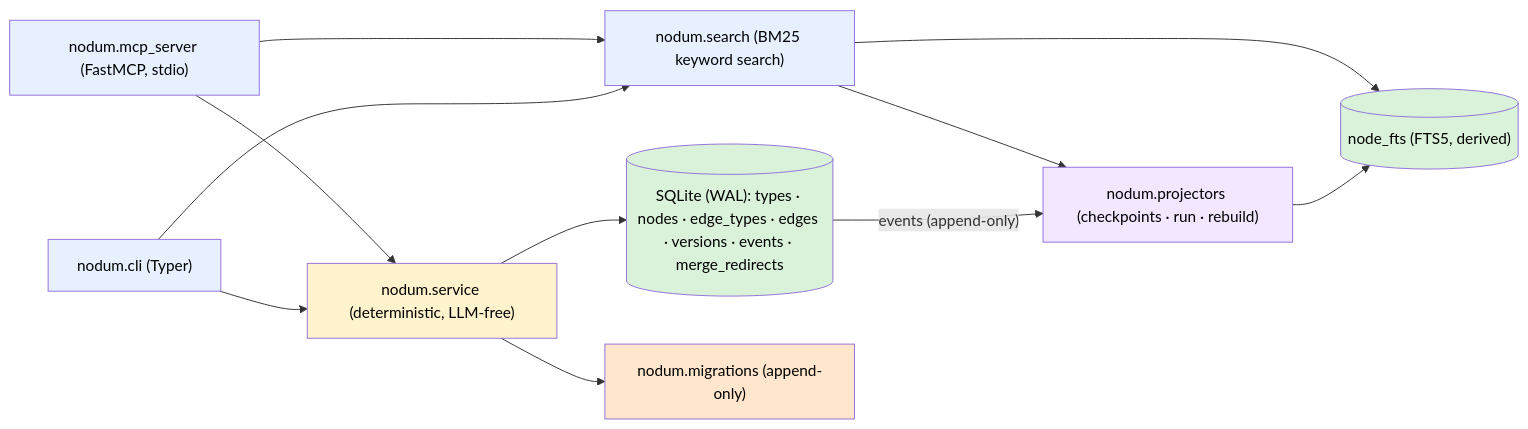
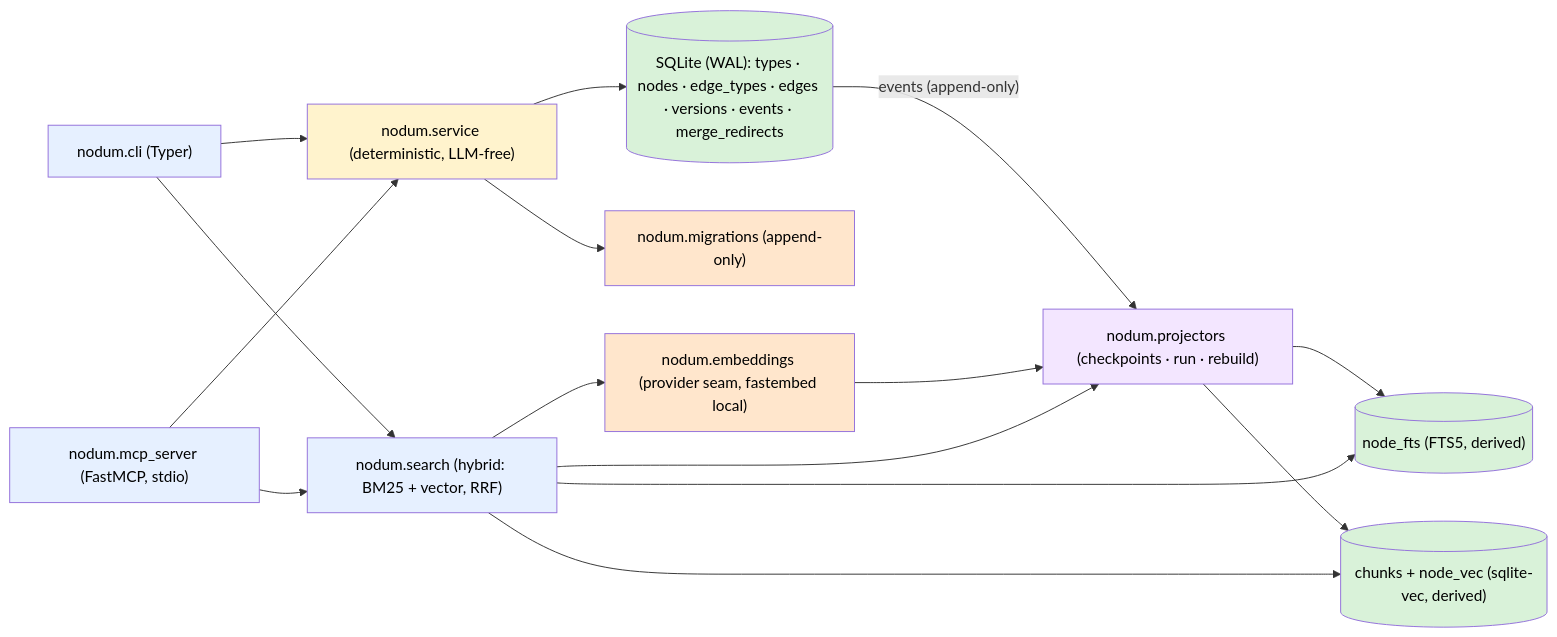
Before and after one commit to vcoeur/nodum: the diagram in docs/architecture.md, drawn with Mermaid. The commit also changed other lines of this file and 19 other files, not shown here.

````diff
--- a/docs/architecture.md
+++ b/docs/architecture.md
@@ -9,21 +9,27 @@
 ```mermaid
 flowchart LR
     cli["nodum.cli (Typer)"] --> svc["nodum.service (deterministic, LLM-free)"]
     mcp["nodum.mcp_server (FastMCP, stdio)"] --> svc
-    cli --> qry["nodum.search (BM25 keyword search)"]
+    cli --> qry["nodum.search (hybrid: BM25 + vector, RRF)"]
     mcp --> qry
     svc --> db[("SQLite (WAL): types · nodes · edge_types · edges · versions · events · merge_redirects")]
     svc --> mig["nodum.migrations (append-only)"]
     db -- "events (append-only)" --> prj["nodum.projectors (checkpoints · run · rebuild)"]
     prj --> fts[("node_fts (FTS5, derived)")]
+    prj --> vec[("chunks + node_vec (sqlite-vec, derived)")]
+    emb["nodum.embeddings (provider seam, fastembed local)"] --> prj
     qry --> fts
+    qry --> vec
+    qry --> emb
     qry --> prj
     style cli fill:#e6f0ff,color:#000
     style mcp fill:#e6f0ff,color:#000
     style svc fill:#fff3cd,color:#000
     style db fill:#d9f2d9,color:#000
     style mig fill:#ffe6cc,color:#000
     style prj fill:#f3e6ff,color:#000
     style fts fill:#d9f2d9,color:#000
+    style vec fill:#d9f2d9,color:#000
+    style emb fill:#ffe6cc,color:#000
     style qry fill:#e6f0ff,color:#000
 ```
````
